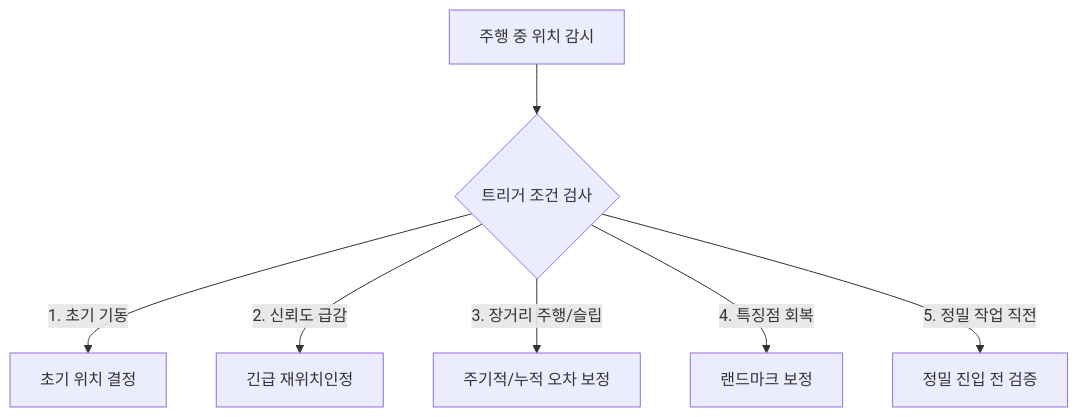
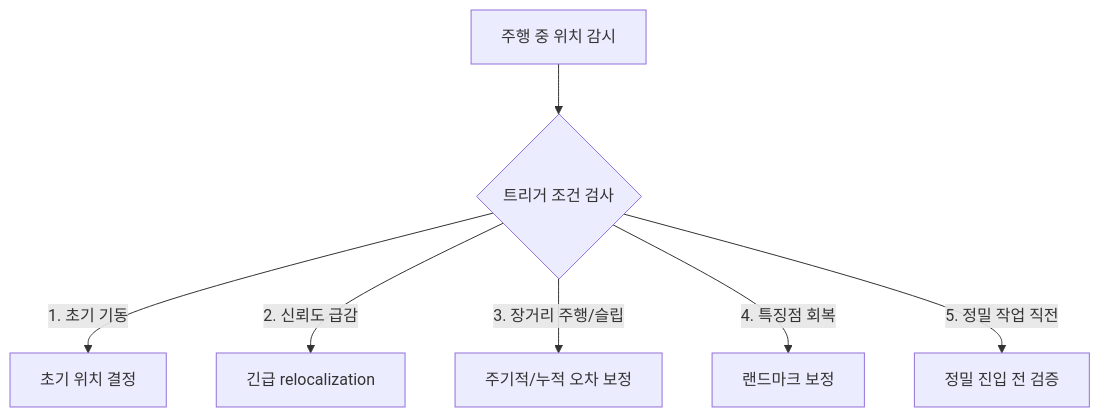
One commit to codebaragi23/ROS2-doc changed the diagram in RTAB-Map & Nav2 심화/C2_트리거_시점_5분류.md. Above: the diagram before and after it, drawn with Mermaid. The commit also changed other lines of this file and 47 other files, not shown here.

````diff
--- a/RTAB-Map & Nav2 심화/C2_트리거_시점_5분류.md
+++ b/RTAB-Map & Nav2 심화/C2_트리거_시점_5분류.md
@@ -13,9 +13,9 @@
 ```mermaid
 graph TD
     A[주행 중 위치 감시] --> B{트리거 조건 검사}
     B -->|1. 초기 기동| C[초기 위치 결정]
-    B -->|2. 신뢰도 급감| D[긴급 재위치인정]
+    B -->|2. 신뢰도 급감| D[긴급 relocalization]
     B -->|3. 장거리 주행/슬립| E[주기적/누적 오차 보정]
     B -->|4. 특징점 회복| F[랜드마크 보정]
     B -->|5. 정밀 작업 직전| G[정밀 진입 전 검증]
 ```
````
